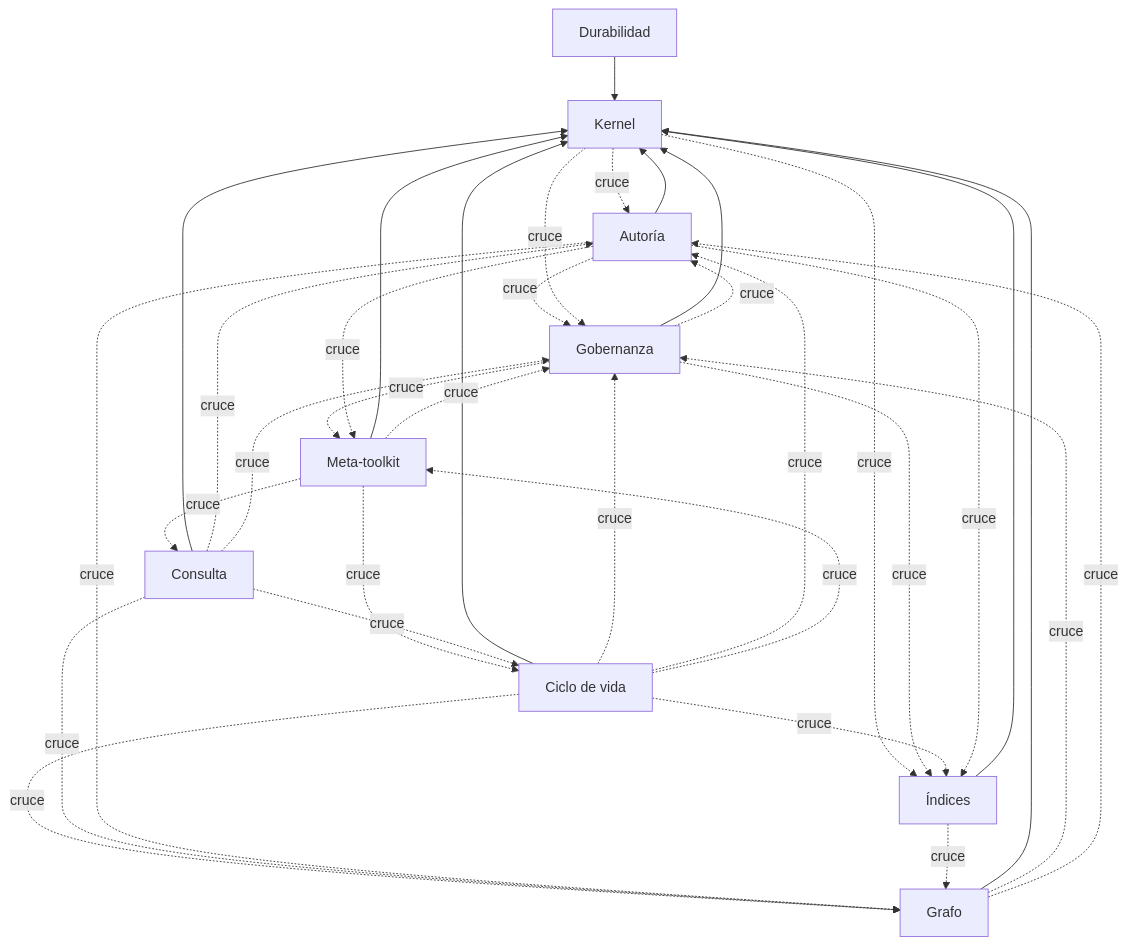
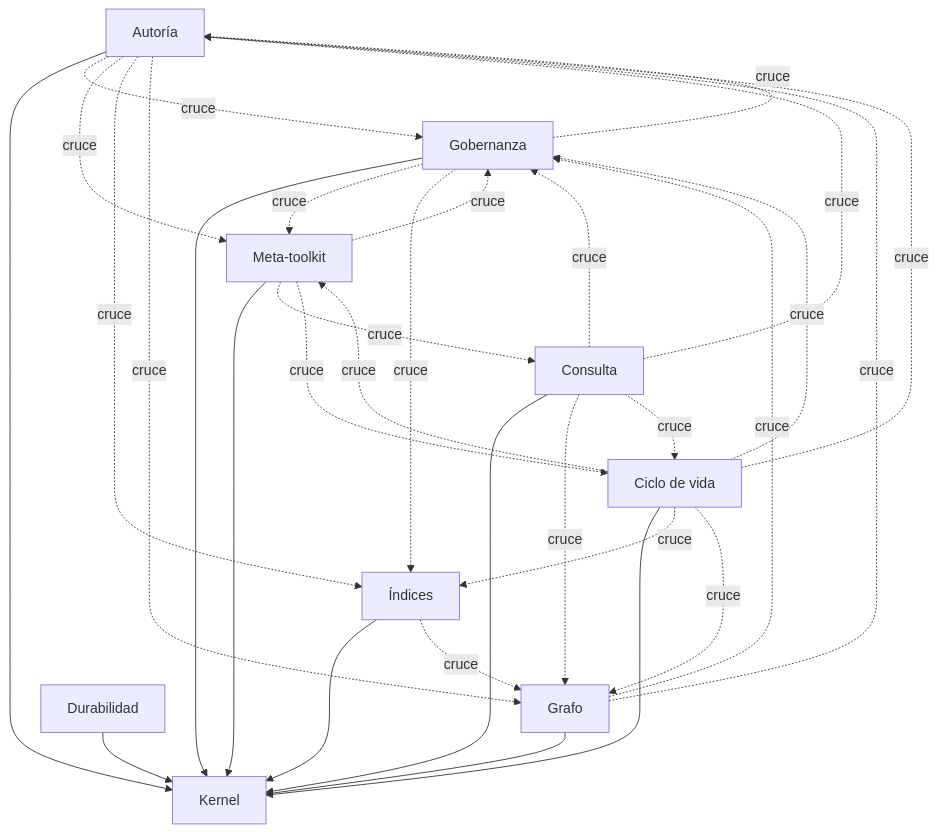
One commit to devcicm/Vault-Obsidian-Architecture changed the diagram in docs/ARQUITECTURA.md. Above: the diagram before and after it, drawn with Mermaid. The commit also changed other lines of this file and 10 other files, not shown here.

````diff
--- a/docs/ARQUITECTURA.md
+++ b/docs/ARQUITECTURA.md
@@ -17,45 +17,42 @@
 ```mermaid
 graph TD
     kernel["Kernel"]
     autoria["Autoría"]
     grafo["Grafo"]
     gobernanza["Gobernanza"]
     indices["Índices"]
     consulta["Consulta"]
     ciclo_de_vida["Ciclo de vida"]
     durabilidad["Durabilidad"]
     meta_toolkit["Meta-toolkit"]
     autoria --> kernel
     grafo --> kernel
     gobernanza --> kernel
     indices --> kernel
     consulta --> kernel
     ciclo_de_vida --> kernel
     durabilidad --> kernel
     meta_toolkit --> kernel
     autoria -.->|cruce| gobernanza
     grafo -.->|cruce| gobernanza
     grafo -.->|cruce| autoria
     consulta -.->|cruce| autoria
     meta_toolkit -.->|cruce| gobernanza
-    kernel -.->|cruce| autoria
-    kernel -.->|cruce| gobernanza
-    kernel -.->|cruce| indices
     meta_toolkit -.->|cruce| consulta
     gobernanza -.->|cruce| meta_toolkit
     gobernanza -.->|cruce| indices
     gobernanza -.->|cruce| autoria
     ciclo_de_vida -.->|cruce| gobernanza
     ciclo_de_vida -.->|cruce| indices
     ciclo_de_vida -.->|cruce| autoria
     consulta -.->|cruce| gobernanza
     ciclo_de_vida -.->|cruce| grafo
     meta_toolkit -.->|cruce| ciclo_de_vida
     ciclo_de_vida -.->|cruce| meta_toolkit
     consulta -.->|cruce| grafo
     autoria -.->|cruce| meta_toolkit
     autoria -.->|cruce| indices
     autoria -.->|cruce| grafo
     consulta -.->|cruce| ciclo_de_vida
     indices -.->|cruce| grafo
 ```
````
